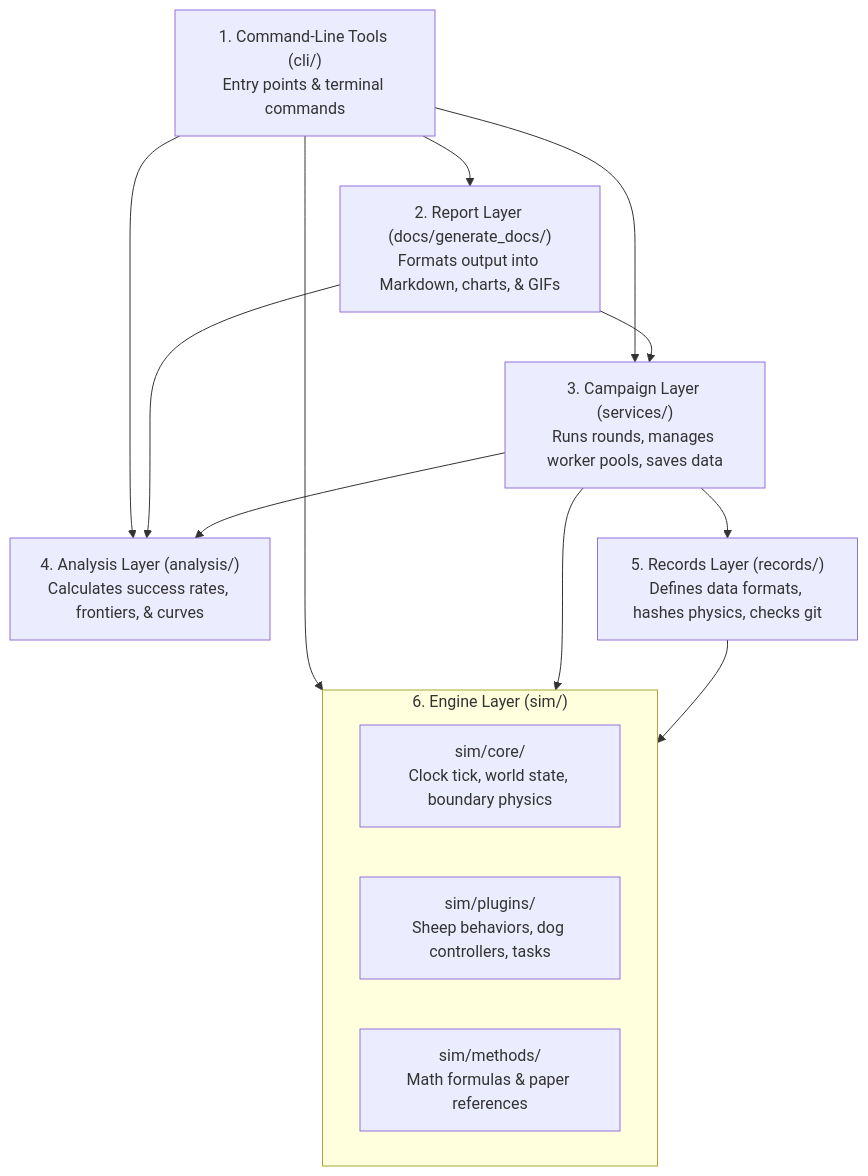
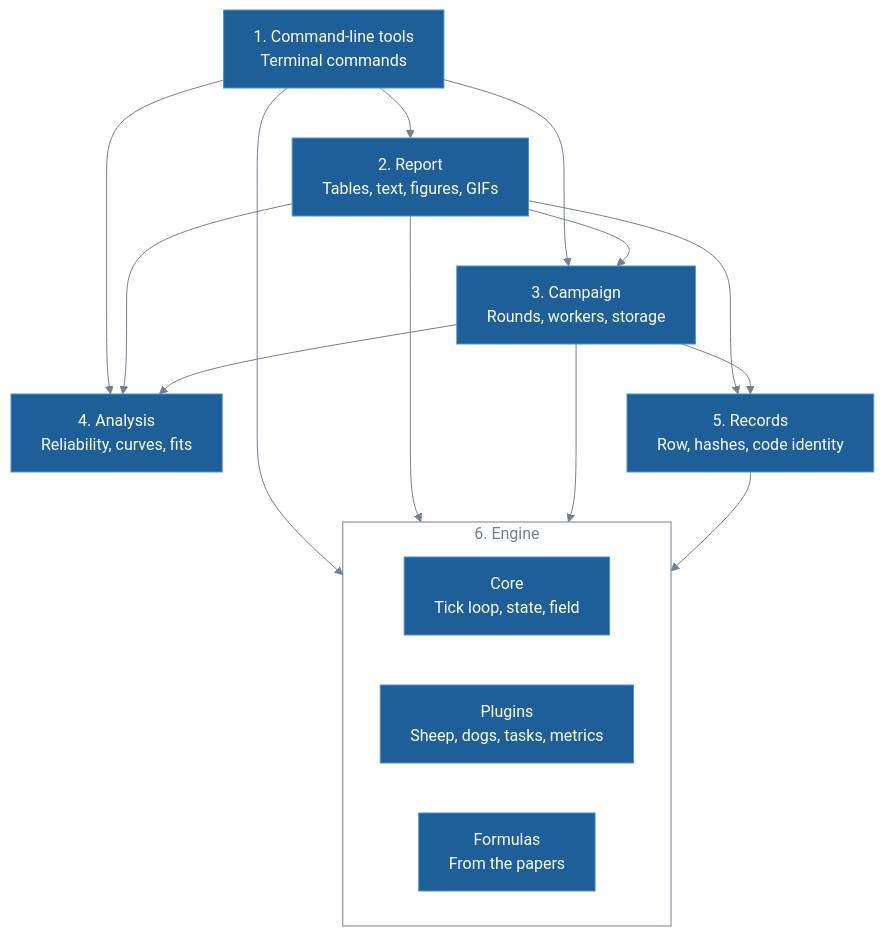
Before and after one commit to lykimq/HerdSim: the second of 3 diagrams in docs/codes/architecture.md, drawn with Mermaid. The commit also changed other lines of this file and 24 other files, not shown here.

Commit message:
use different style for mermaid

````diff
--- a/docs/codes/architecture.md
+++ b/docs/codes/architecture.md
@@ -71,24 +53,27 @@
 ```mermaid
+%%{init: {"theme": "base", "themeVariables": {"primaryColor": "#1f5f99", "primaryTextColor": "#ffffff", "primaryBorderColor": "#4a90d9", "lineColor": "#75808f", "tertiaryTextColor": "#75808f", "titleColor": "#75808f", "clusterBkg": "transparent", "clusterBorder": "#75808f", "edgeLabelBackground": "transparent"}}}%%
 flowchart TB
-    tools["1. Command-Line Tools (cli/)<br/>Entry points & terminal commands"]
-    report["2. Report Layer (docs/generate_docs/)<br/>Formats output into Markdown, charts, & GIFs"]
-    campaign["3. Campaign Layer (services/)<br/>Runs rounds, manages worker pools, saves data"]
-    analysis["4. Analysis Layer (analysis/)<br/>Calculates success rates, frontiers, & curves"]
-    records["5. Records Layer (records/)<br/>Defines data formats, hashes physics, checks git"]
-    subgraph engine ["6. Engine Layer (sim/)"]
-        core["sim/core/<br/>Clock tick, world state, boundary physics"]
-        plugins["sim/plugins/<br/>Sheep behaviors, dog controllers, tasks"]
-        formulas["sim/methods/<br/>Math formulas & paper references"]
+    tools["1. Command-line tools<br/>Terminal commands"]
+    report["2. Report<br/>Tables, text, figures, GIFs"]
+    campaign["3. Campaign<br/>Rounds, workers, storage"]
+    analysis["4. Analysis<br/>Reliability, curves, fits"]
+    records["5. Records<br/>Row, hashes, code identity"]
+    subgraph engine ["6. Engine"]
+        core["Core<br/>Tick loop, state, field"]
+        plugins["Plugins<br/>Sheep, dogs, tasks, metrics"]
+        formulas["Formulas<br/>From the papers"]
     end
 
     tools --> report
     tools --> campaign
     tools --> analysis
     tools --> engine
     report --> campaign
     report --> analysis
+    report --> records
+    report --> engine
     campaign --> analysis
     campaign --> records
     campaign --> engine
     records --> engine
 ```
````
